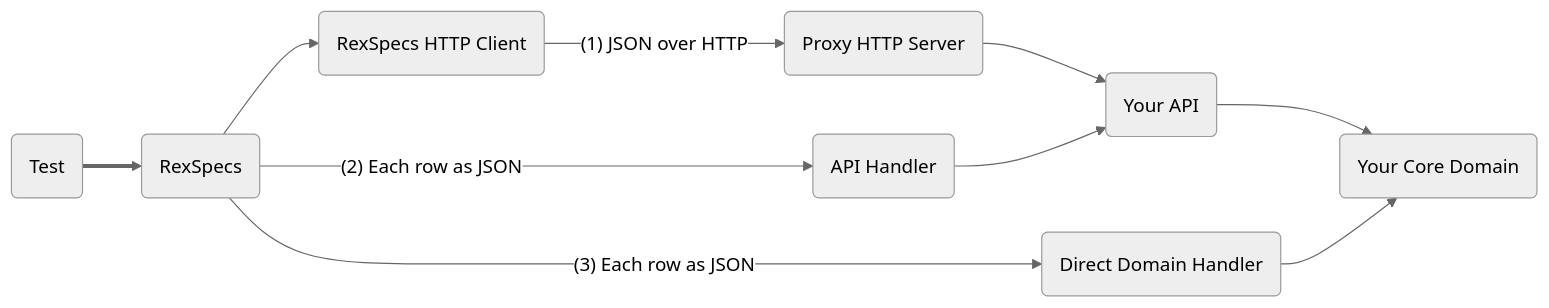
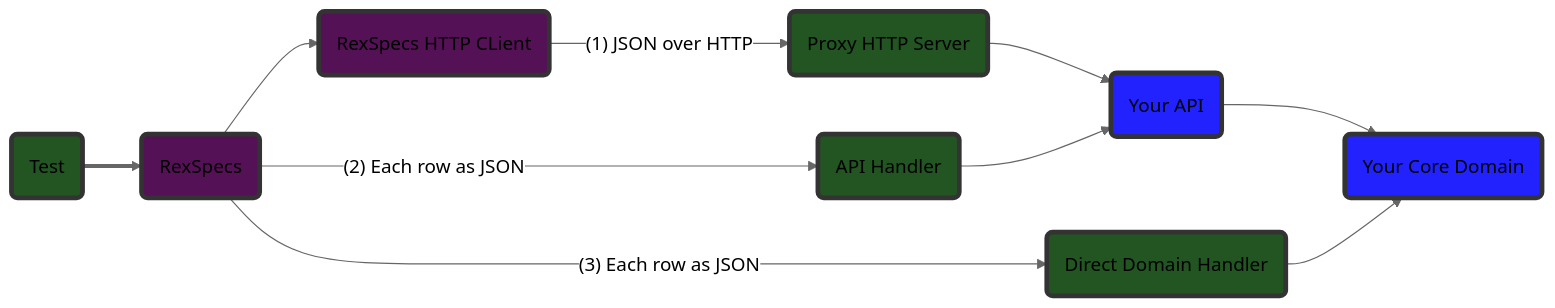
One commit to agmenc/rexspecs changed the second of 3 diagrams in README.md. Above: the diagram before and after it, drawn with Mermaid (neutral theme). The commit also changed other lines of this file and 2 other files, not shown here.

````diff
--- a/README.md
+++ b/README.md
@@ -87,16 +87,22 @@
 ```mermaid
 flowchart LR
-    classDef User fill:#f9f,stroke:#333,stroke-width:4px;
-    class H User;
-    
     A(Test) ==> B(RexSpecs)
     B --> D(RexSpecs HTTP CLient)
     B -->|"(2) Each row as JSON"| E(API Handler)
     B -->|"(3) Each row as JSON"| F(Direct Domain Handler)
 
-    D(RexSpecs HTTP Client) -->|"(1) JSON over HTTP"| G(Proxy Server)
+    D -->|"(1) JSON over HTTP"| G(Proxy Server)
     G(Proxy HTTP Server) --> H(Your API)
     H --> I
     E --> H
     F(Direct Domain Handler) --> I(Your Core Domain)
+
+    classDef User fill:#22F,stroke:#333,stroke-width:4px;
+    class H,I User;
+    
+    classDef Fixture fill:#252,stroke:#333,stroke-width:4px;
+    class A,E,F,G Fixture;
+    
+    classDef RexSpecs fill:#515,stroke:#333,stroke-width:4px;
+    class B,D RexSpecs;
 ```
````
